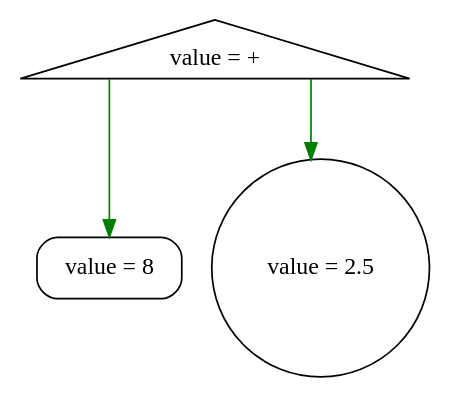
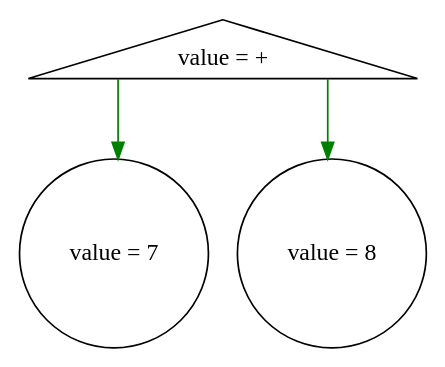
The diagram in graph.dot (Herald-0f-l1fe/Fluxion), drawn with Graphviz before and after one commit. The commit also changed 37 other files, not shown here.

```diff
--- a/graph.dot
+++ b/graph.dot
@@ -1,9 +1,9 @@
 digraph G {
 splines=ortho
 node [style=filled, fillcolor=red, fontcolor=white, shape=octagon]
-n0x503000000070 [shape=Mrecord, label ="value = 8",style=filled, fontcolor="black", fillcolor="white"];
-n0x503000000040 [shape=triangle, label ="value = +",style=filled, fontcolor="black", fillcolor="white"];
-n0x5030000000a0 [shape=circle, label ="value = 2.5", style=filled, fontcolor="black", fillcolor="white"];
-n0x503000000040->n0x503000000070[color="green"]
-n0x503000000040->n0x5030000000a0[color="green"]
+n0x503000000400 [shape=circle, label ="value = 7", style=filled, fontcolor="black", fillcolor="white"];
+n0x503000000460 [shape=triangle, label ="value = +",style=filled, fontcolor="black", fillcolor="white"];
+n0x503000000430 [shape=circle, label ="value = 8", style=filled, fontcolor="black", fillcolor="white"];
+n0x503000000460->n0x503000000400[color="green"]
+n0x503000000460->n0x503000000430[color="green"]
 }
```
